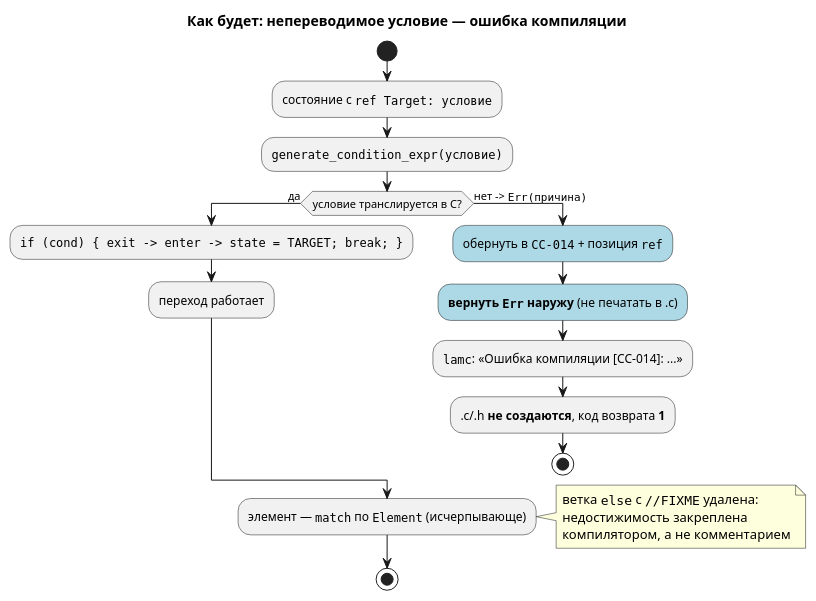
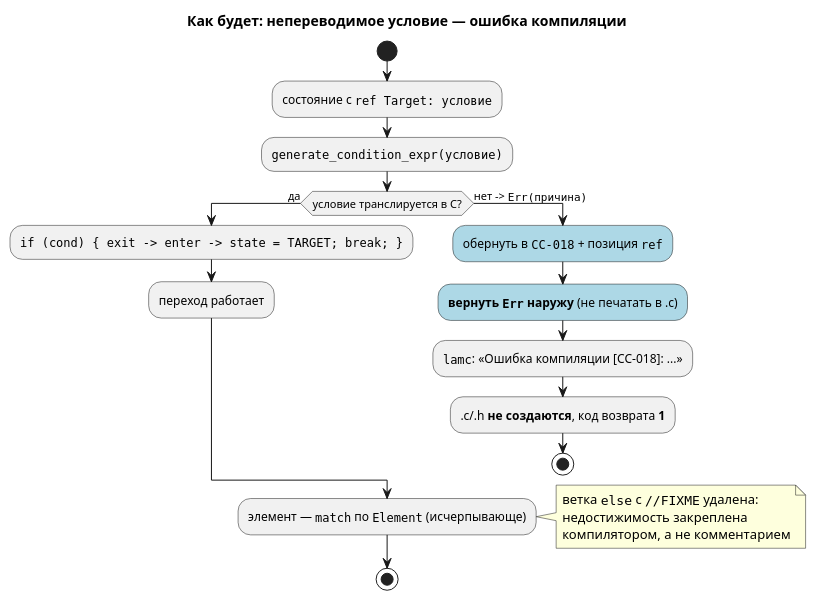
The second of 2 diagrams in docs/adr/0028-c-generator-stubs.md (Pastor/Takt), drawn with PlantUML before and after one commit. The commit also changed other lines of this file and 27 other files, not shown here.

````diff
--- a/docs/adr/0028-c-generator-stubs.md
+++ b/docs/adr/0028-c-generator-stubs.md
@@ -236,25 +236,25 @@
 ```plantuml
 @startuml
 title Как будет: непереводимое условие — ошибка компиляции
 start
 :состояние с ""ref Target: условие"";
 :""generate_condition_expr(условие)"";
 if (условие транслируется в C?) then (да)
   :""if (cond) { exit -> enter -> state = TARGET; break; }"";
   :переход работает;
 else (нет -> ""Err(причина)"")
-  #LightBlue:обернуть в ""CC-014"" + позиция ""ref"";
+  #LightBlue:обернуть в ""CC-018"" + позиция ""ref"";
   #LightBlue:**вернуть ""Err"" наружу** (не печатать в .c);
-  :""lamc"": «Ошибка компиляции [CC-014]: ...»;
+  :""lamc"": «Ошибка компиляции [CC-018]: ...»;
   :.c/.h **не создаются**, код возврата **1**;
   stop
 endif
 :элемент — ""match"" по ""Element"" (исчерпывающе);
 note right
   ветка ""else"" с ""//FIXME"" удалена:
   недостижимость закреплена
   компилятором, а не комментарием
 end note
 stop
 @enduml
 ```
````
